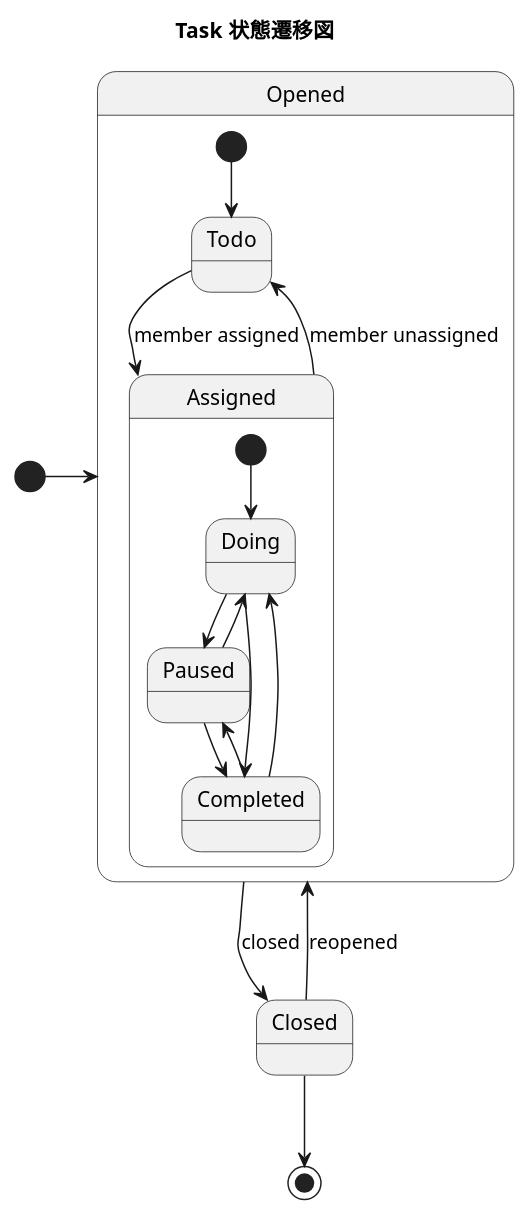
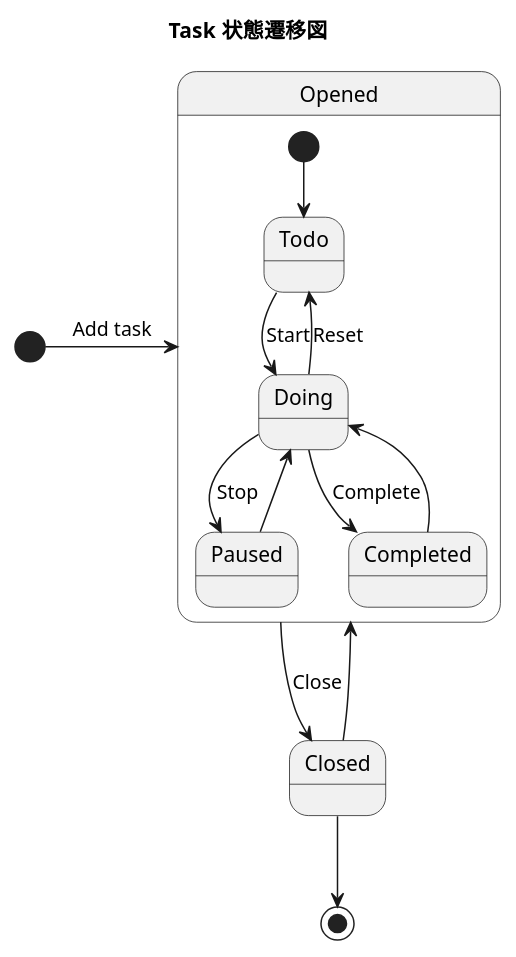
One commit to gateroot/taskforce changed the diagram in diagram/statemachine/task.puml. Above: the diagram before and after it, drawn with PlantUML. The commit also changed 9 other files, not shown here.

```diff
--- a/diagram/statemachine/task.puml
+++ b/diagram/statemachine/task.puml
@@ -1,34 +1,28 @@
 @startuml
 title Task 状態遷移図
 
-[*] -> Opened
+[*] -> Opened: Add task
 
 state Closed {
 }
 
 state Opened {
-    state Todo {
-    }
-    state Assigned {
-        state Doing
-        state Paused
-        state Completed
+    state Todo
+    state Doing
+    state Paused
+    state Completed
 
-        [*] --> Doing
-        Doing --> Paused
-        Paused --> Doing
-        Doing --> Completed
-        Completed --> Doing
-        Paused --> Completed
-        Completed --> Paused
-    }
     [*] --> Todo
-    Todo --> Assigned: member assigned
-    Assigned --> Todo: member unassigned
+    Todo --> Doing: Start
+    Doing --> Todo: Reset
+    Doing --> Paused: Stop
+    Paused --> Doing
+    Doing --> Completed: Complete
+    Completed --> Doing
 }
 
-Opened --> Closed: closed
-Closed --> Opened: reopened
+Opened --> Closed: Close
+Closed --> Opened
 Closed --> [*]
 
 @enduml
```
